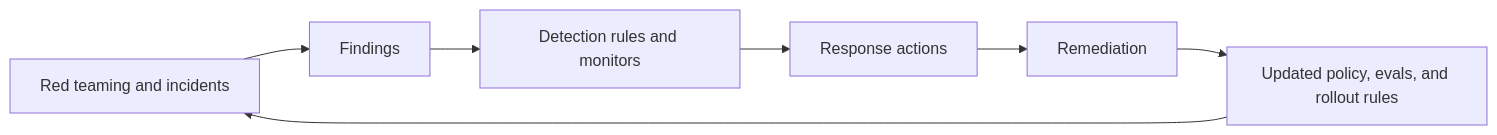
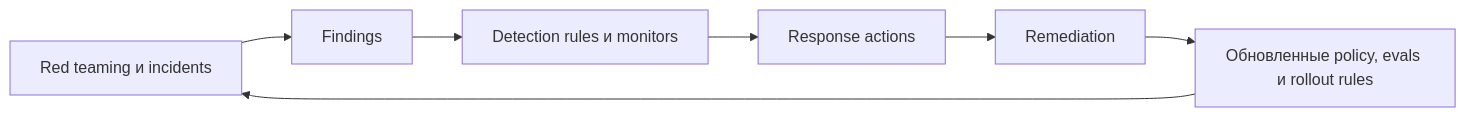
The diagram in docs/book/part-viii/chapter-21.md (agent-axiom/agent-arch), drawn with Mermaid before and after one commit. The commit also changed other lines of this file, not shown here.

````diff
--- a/docs/book/part-viii/chapter-21.md
+++ b/docs/book/part-viii/chapter-21.md
@@ -169,9 +169,9 @@
 ``` mermaid
 flowchart LR
-    A["Red teaming and incidents"] --> B["Findings"]
-    B --> C["Detection rules and monitors"]
+    A["Red teaming и incidents"] --> B["Findings"]
+    B --> C["Detection rules и monitors"]
     C --> D["Response actions"]
     D --> E["Remediation"]
-    E --> F["Updated policy, evals, and rollout rules"]
+    E --> F["Обновленные policy, evals и rollout rules"]
     F --> A
 ```
````
